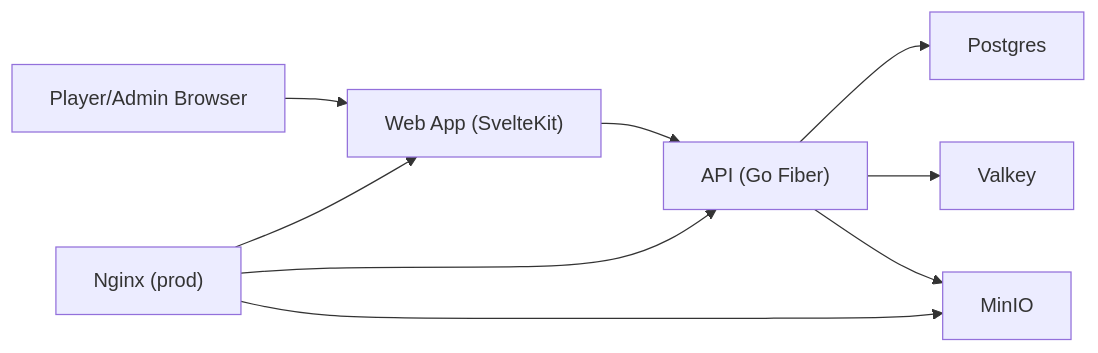
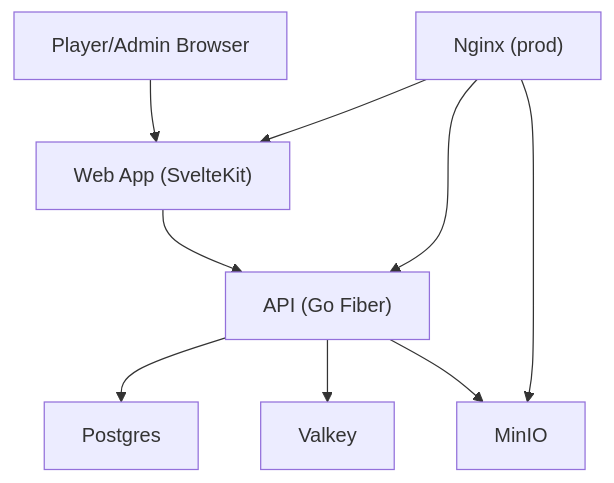
Before and after one commit to AlhikamWarsawa/kids_planet: the first of 2 diagrams in docs/ARCHITECTURE.md, drawn with Mermaid. The commit also changed other lines of this file and 3 other files, not shown here.

````diff
--- a/docs/ARCHITECTURE.md
+++ b/docs/ARCHITECTURE.md
@@ -21,11 +21,11 @@
 ```mermaid
-flowchart LR
+flowchart
   U["Player/Admin Browser"] --> W["Web App (SvelteKit)"]
   W --> A["API (Go Fiber)"]
   A --> P["Postgres"]
   A --> V["Valkey"]
   A --> M["MinIO"]
   N["Nginx (prod)"] --> W
   N --> A
   N --> M
 ```
````
